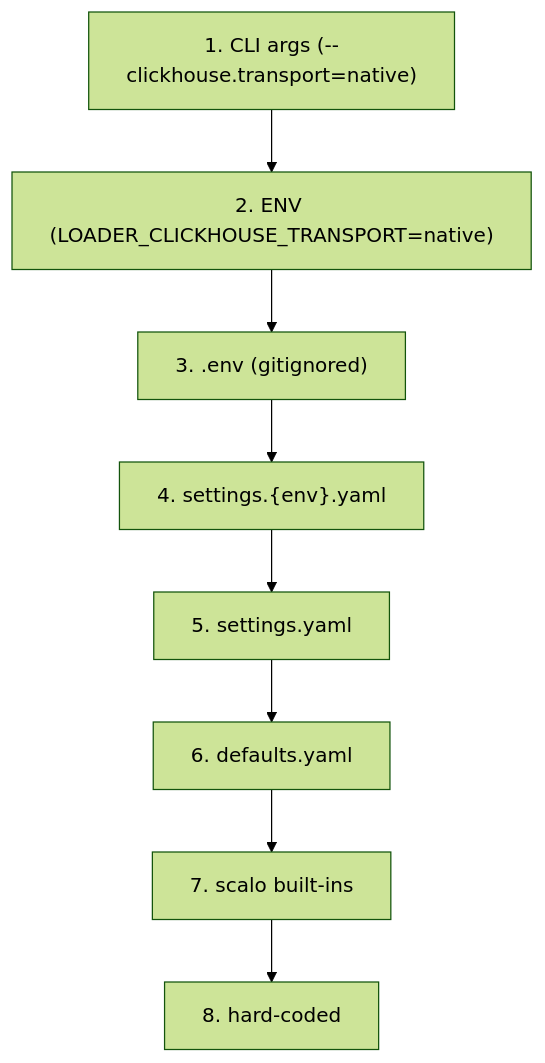
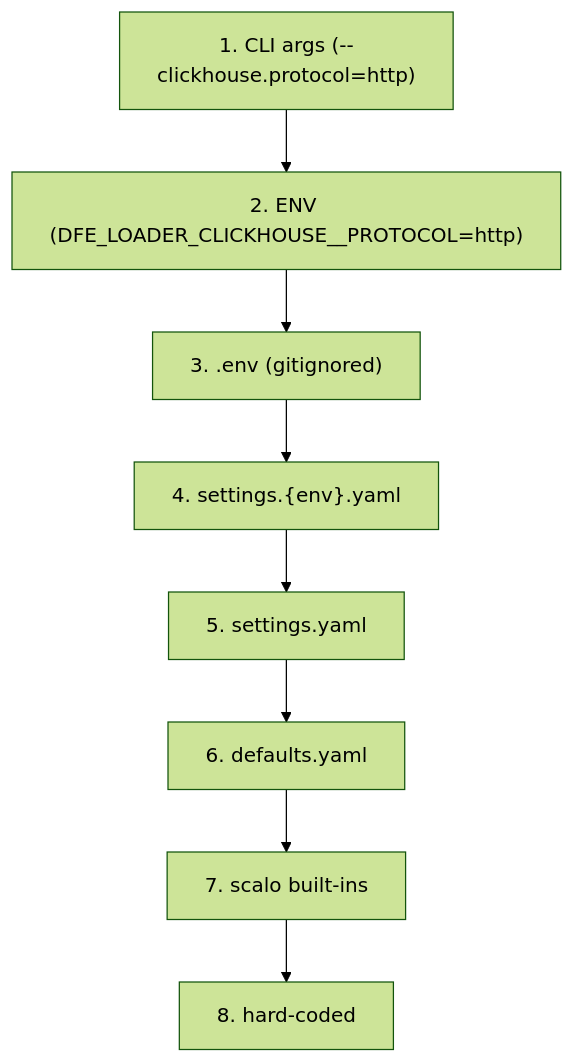
The diagram in docs/CONFIGURATION.md (hyperi-io/dfe-loader), drawn with Mermaid (forest theme) before and after one commit. The commit also changed other lines of this file and 56 other files, not shown here.

````diff
--- a/docs/CONFIGURATION.md
+++ b/docs/CONFIGURATION.md
@@ -16,12 +16,12 @@
 ```mermaid
 flowchart TB
-    CLI["1. CLI args (--clickhouse.transport=native)"]
-    ENV["2. ENV (LOADER_CLICKHOUSE_TRANSPORT=native)"]
+    CLI["1. CLI args (--clickhouse.protocol=http)"]
+    ENV["2. ENV (DFE_LOADER_CLICKHOUSE__PROTOCOL=http)"]
     DOTENV["3. .env (gitignored)"]
     ENVYAML["4. settings.{env}.yaml"]
     YAML["5. settings.yaml"]
     DEF["6. defaults.yaml"]
     LIB["7. scalo built-ins"]
     HARD["8. hard-coded"]
     CLI --> ENV --> DOTENV --> ENVYAML --> YAML --> DEF --> LIB --> HARD
 ```
````
